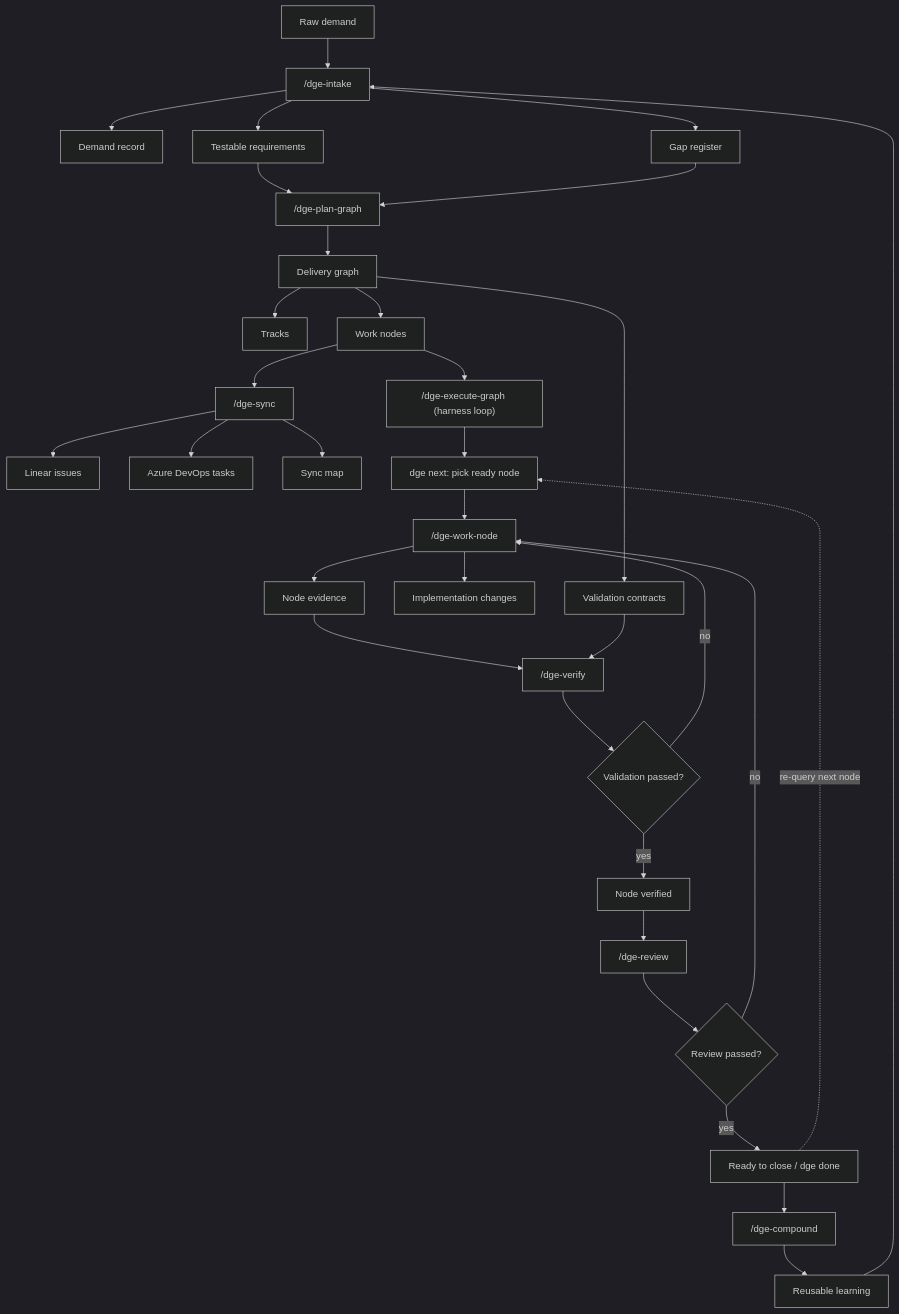
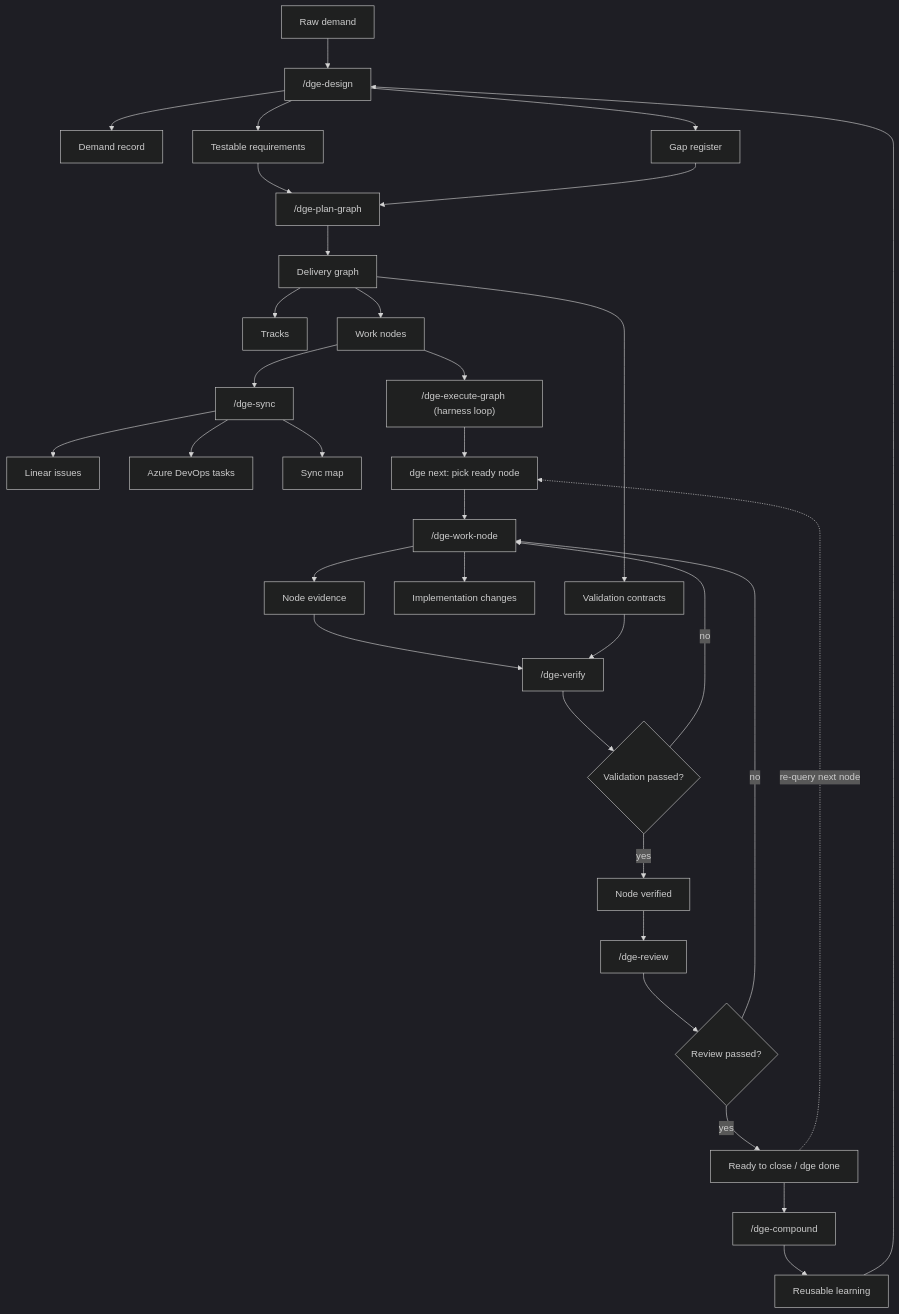
The second of 2 diagrams in README.md (rafaelolsr/delivery-graph), drawn with Mermaid (dark theme) before and after one commit. The commit also changed other lines of this file and 45 other files, not shown here.

````diff
--- a/README.md
+++ b/README.md
@@ -154,42 +173,42 @@
 ```mermaid
 flowchart TD
-    A[Raw demand] --> B["/dge-intake"]
+    A[Raw demand] --> B["/dge-design"]
     B --> C[Demand record]
     B --> D[Testable requirements]
     B --> E[Gap register]
 
     D --> F["/dge-plan-graph"]
     E --> F
     F --> G[Delivery graph]
     G --> H[Tracks]
     G --> I[Work nodes]
     G --> J[Validation contracts]
 
     I --> K["/dge-sync"]
     K --> L[Linear issues]
     K --> M[Azure DevOps tasks]
     K --> N[Sync map]
 
     I --> EG["/dge-execute-graph (harness loop)"]
     EG --> NX["dge next: pick ready node"]
     NX --> O["/dge-work-node"]
     O --> P[Implementation changes]
     O --> Q[Node evidence]
 
     Q --> R["/dge-verify"]
     J --> R
     R --> S{Validation passed?}
     S -- no --> O
     S -- yes --> T[Node verified]
 
     T --> U["/dge-review"]
     U --> V{Review passed?}
     V -- no --> O
     V -- yes --> W["Ready to close / dge done"]
 
     W -. re-query next node .-> NX
 
     W --> X["/dge-compound"]
     X --> Y[Reusable learning]
     Y --> B
 ```
````
